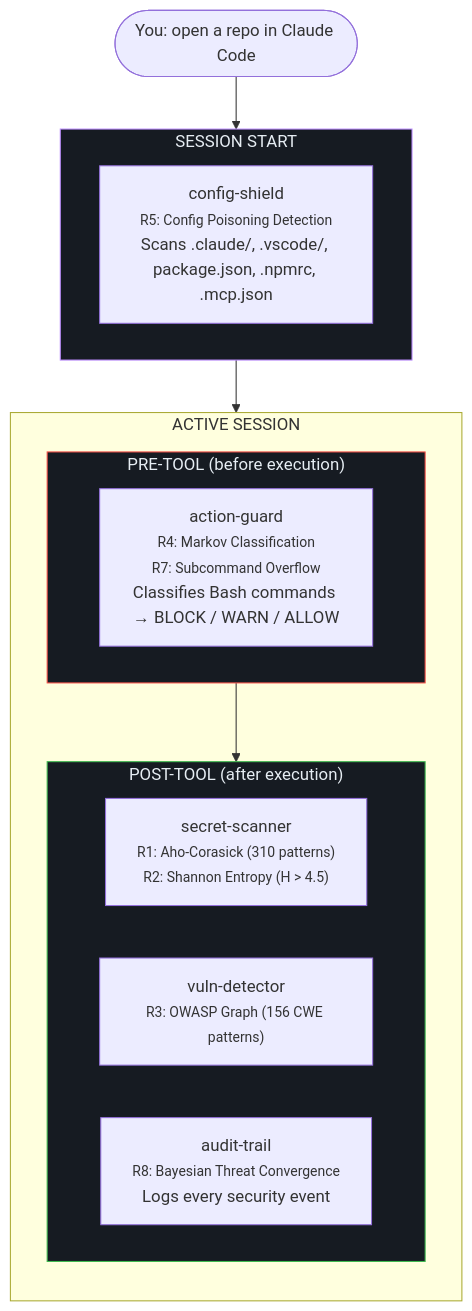
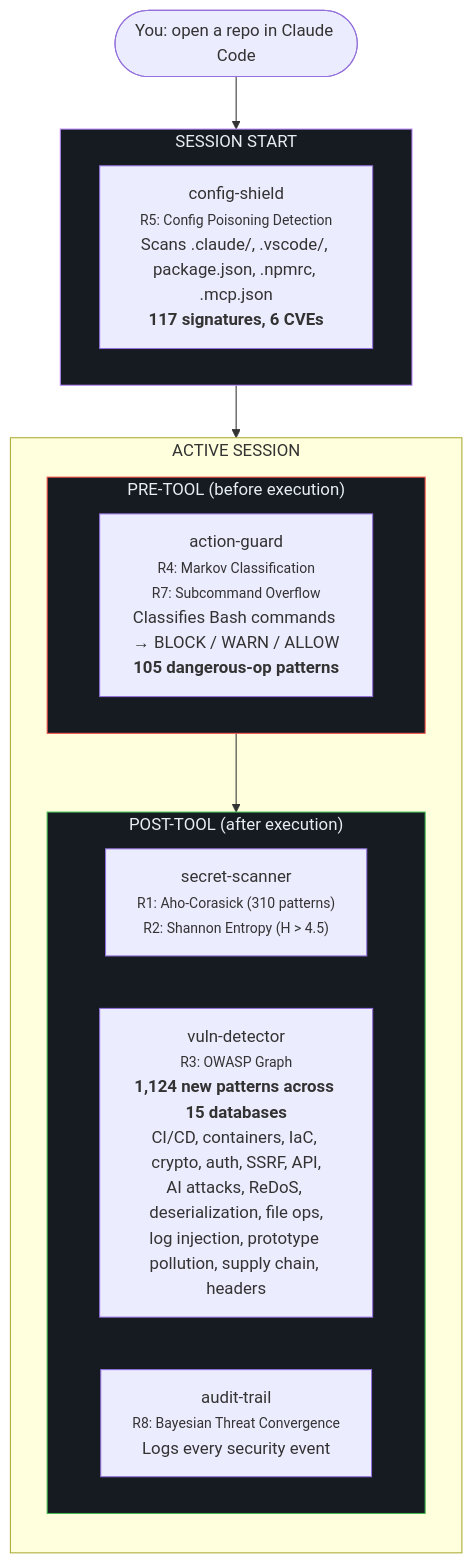
One commit to enchanter-ai/hydra changed the first of 2 diagrams in README.md. Above: the diagram before and after it, drawn with Mermaid. The commit also changed other lines of this file and 11 other files, not shown here.

````diff
--- a/README.md
+++ b/README.md
@@ -50,32 +71,32 @@
 ```mermaid
 graph TD
     User(["You: open a repo in Claude Code"])
 
     User --> SS
 
     subgraph SS["SESSION START"]
-        config["config-shield<br/><small>R5: Config Poisoning Detection</small><br/>Scans .claude/, .vscode/, package.json, .npmrc, .mcp.json"]
+        config["config-shield<br/><small>R5: Config Poisoning Detection</small><br/>Scans .claude/, .vscode/, package.json, .npmrc, .mcp.json<br/><b>117 signatures, 6 CVEs</b>"]
     end
 
     SS --> Session
 
     subgraph Session["ACTIVE SESSION"]
         direction TB
 
         subgraph Pre["PRE-TOOL (before execution)"]
-            guard["action-guard<br/><small>R4: Markov Classification</small><br/><small>R7: Subcommand Overflow</small><br/>Classifies Bash commands → BLOCK / WARN / ALLOW"]
+            guard["action-guard<br/><small>R4: Markov Classification</small><br/><small>R7: Subcommand Overflow</small><br/>Classifies Bash commands → BLOCK / WARN / ALLOW<br/><b>105 dangerous-op patterns</b>"]
         end
 
         subgraph Post["POST-TOOL (after execution)"]
             secrets["secret-scanner<br/><small>R1: Aho-Corasick (310 patterns)</small><br/><small>R2: Shannon Entropy (H > 4.5)</small>"]
-            vulns["vuln-detector<br/><small>R3: OWASP Graph (156 CWE patterns)</small>"]
+            vulns["vuln-detector<br/><small>R3: OWASP Graph</small><br/><b>1,124 new patterns across 15 databases</b><br/>CI/CD, containers, IaC, crypto, auth, SSRF, API,<br/>AI attacks, ReDoS, deserialization, file ops,<br/>log injection, prototype pollution, supply chain, headers"]
             audit["audit-trail<br/><small>R8: Bayesian Threat Convergence</small><br/>Logs every security event"]
         end
 
         Pre --> Post
     end
 
     style SS fill:#161b22,stroke:#bc8cff,color:#e6edf3
     style Pre fill:#161b22,stroke:#f85149,color:#e6edf3
     style Post fill:#161b22,stroke:#3fb950,color:#e6edf3
 ```
````
